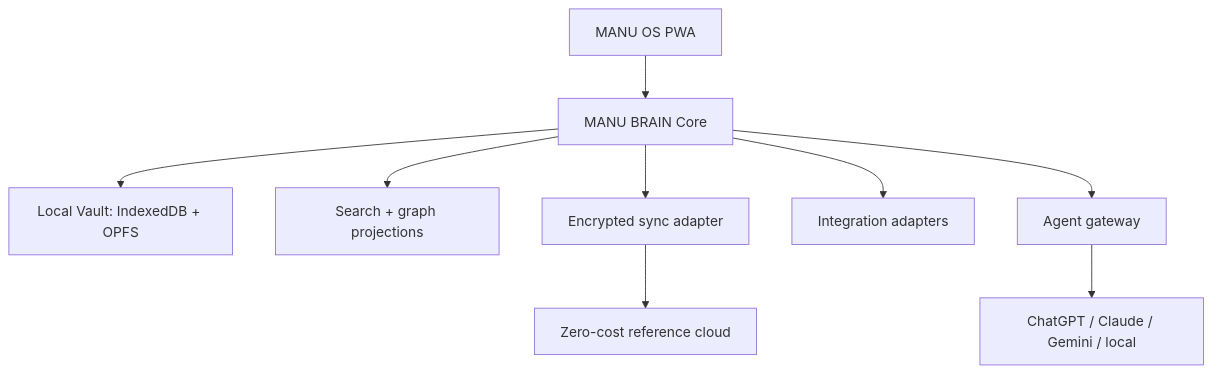
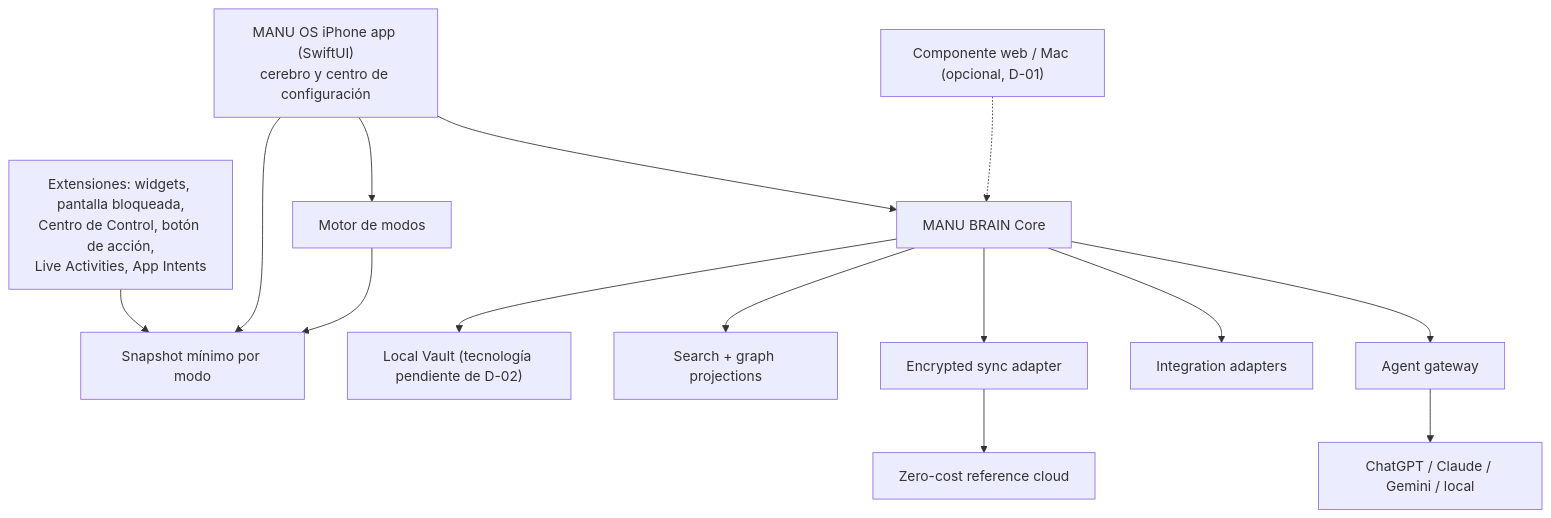
Before and after one commit to elpiernitas/manu-os: the diagram in docs/architecture/ARCHITECTURE.md, drawn with Mermaid. The commit also changed other lines of this file and 19 other files, not shown here.

````diff
--- a/docs/architecture/ARCHITECTURE.md
+++ b/docs/architecture/ARCHITECTURE.md
@@ -5,11 +7,16 @@
 ```mermaid
 flowchart TD
-    UI["MANU OS PWA"] --> CORE["MANU BRAIN Core"]
-    CORE --> LOCAL["Local Vault: IndexedDB + OPFS"]
+    APP["MANU OS iPhone app (SwiftUI)<br/>cerebro y centro de configuración"] --> CORE["MANU BRAIN Core"]
+    EXT["Extensiones: widgets, pantalla bloqueada,<br/>Centro de Control, botón de acción,<br/>Live Activities, App Intents"] --> SNAP["Snapshot mínimo por modo"]
+    APP --> SNAP
+    APP --> MODES["Motor de modos"]
+    MODES --> SNAP
+    CORE --> LOCAL["Local Vault (tecnología pendiente de D-02)"]
     CORE --> PROJ["Search + graph projections"]
     CORE --> SYNC["Encrypted sync adapter"]
     SYNC --> CLOUD["Zero-cost reference cloud"]
     CORE --> INT["Integration adapters"]
     CORE --> AGENT["Agent gateway"]
     AGENT --> AI["ChatGPT / Claude / Gemini / local"]
+    WEB["Componente web / Mac (opcional, D-01)"] -.-> CORE
 ```
````
